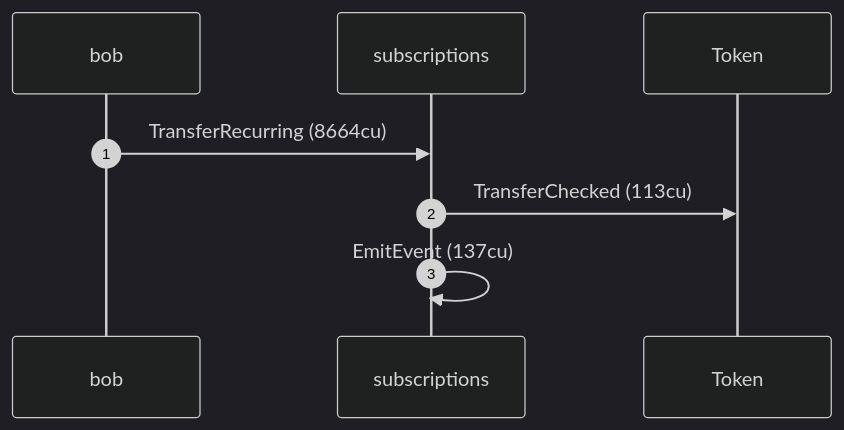
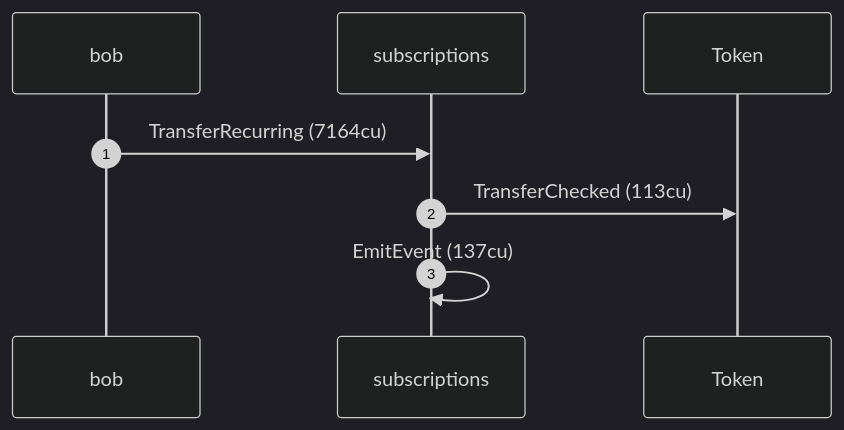
The ninth of 16 diagrams in dsl_tests/recurring-transfer-aligns-the-period-start-when-periods-are-skipped.md (cds-rs/subscriptions), drawn with Mermaid (dark theme) before and after one commit. The commit also changed other lines of this file and 224 other files, not shown here.

````diff
--- a/dsl_tests/recurring-transfer-aligns-the-period-start-when-periods-are-skipped.md
+++ b/dsl_tests/recurring-transfer-aligns-the-period-start-when-periods-are-skipped.md
@@ -187,10 +196,10 @@
 ```mermaid
 sequenceDiagram
     autonumber
     participant bob
     participant subscriptions
     participant Token
-    bob ->> subscriptions: TransferRecurring (8664cu)
+    bob ->> subscriptions: TransferRecurring (7164cu)
     subscriptions ->> Token: TransferChecked (113cu)
     subscriptions ->> subscriptions: EmitEvent (137cu)
 ```
````
